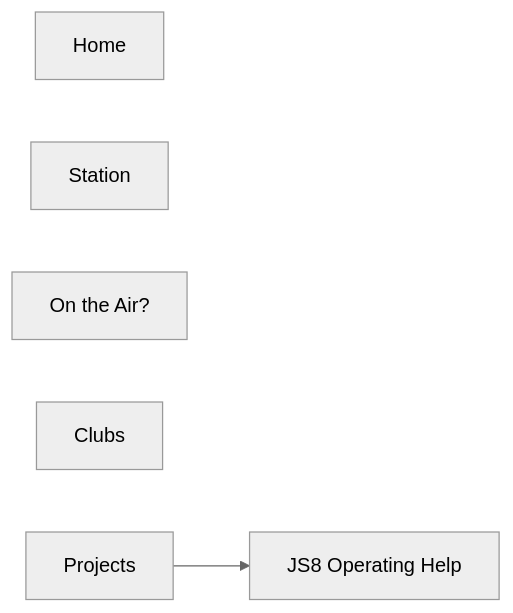
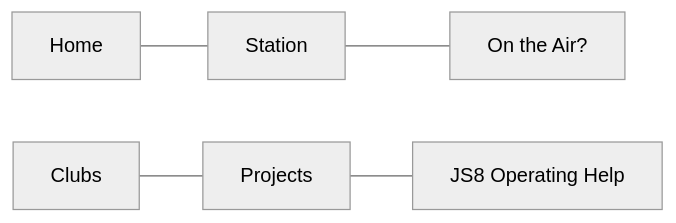
The diagram in constructor.md.md (we4sel/we4sel.github.io), drawn with Mermaid (neutral theme) before and after one commit. The commit also changed other lines of this file, not shown here.

Commit message:
constructor.md.md updated from https://stackedit.io/

````diff
--- a/constructor.md.md
+++ b/constructor.md.md
@@ -3,11 +3,10 @@
 ```mermaid
 graph LR
-a[Home]
-b[Station]
-c[On the Air?]
-d[Clubs]
-e[Projects]
-e--> f[JS8 Operating Help]
+a[Home] --- b[Station]
+b---c[On the Air?]
+
+d[Clubs] --- e[Projects]
+e---f[JS8 Operating Help]
 
 
 ```
````
